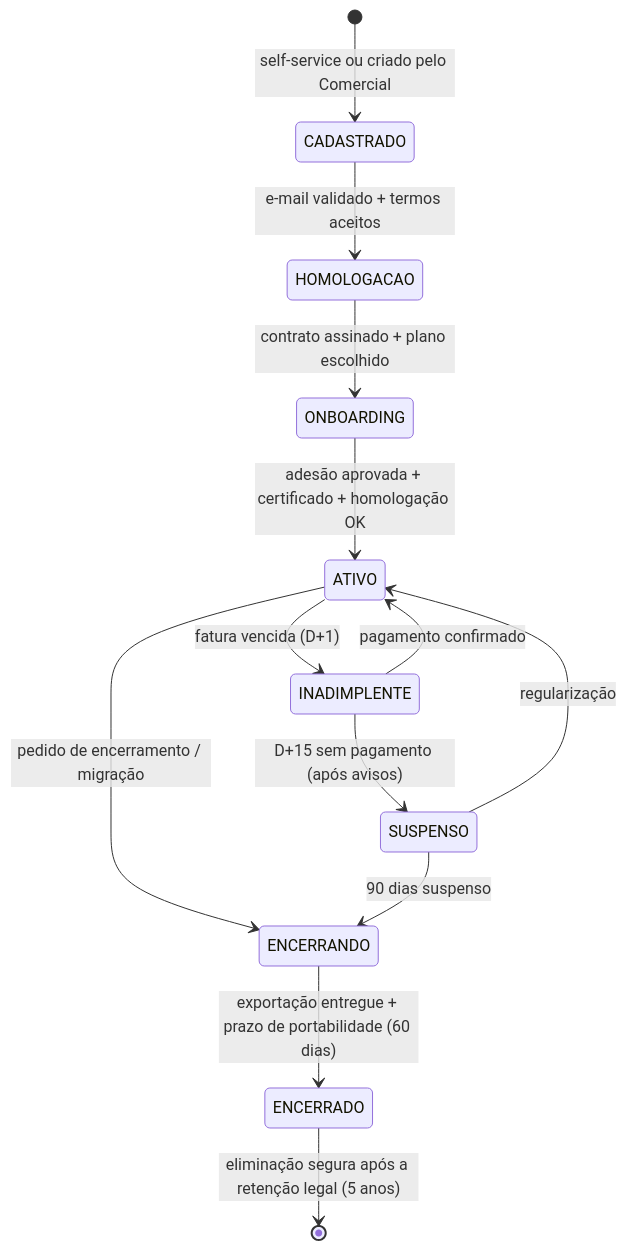
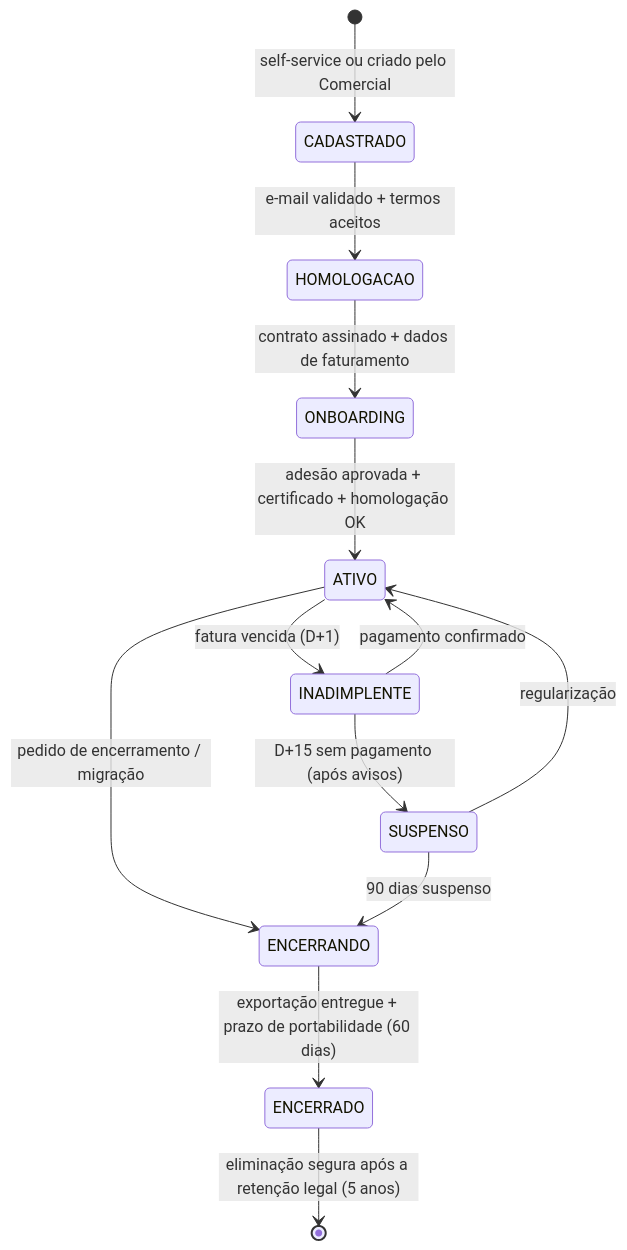
The second of 2 diagrams in docs/11-modelo-saas.md (joaopaulomirandamatias/renave), drawn with Mermaid before and after one commit. The commit also changed other lines of this file and 10 other files, not shown here.

````diff
--- a/docs/11-modelo-saas.md
+++ b/docs/11-modelo-saas.md
@@ -56,15 +57,15 @@
 ```mermaid
 stateDiagram-v2
   [*] --> CADASTRADO: self-service ou criado pelo Comercial
   CADASTRADO --> HOMOLOGACAO: e-mail validado + termos aceitos
-  HOMOLOGACAO --> ONBOARDING: contrato assinado + plano escolhido
+  HOMOLOGACAO --> ONBOARDING: contrato assinado + dados de faturamento
   ONBOARDING --> ATIVO: adesão aprovada + certificado + homologação OK
   ATIVO --> INADIMPLENTE: fatura vencida (D+1)
   INADIMPLENTE --> ATIVO: pagamento confirmado
   INADIMPLENTE --> SUSPENSO: D+15 sem pagamento (após avisos)
   SUSPENSO --> ATIVO: regularização
   ATIVO --> ENCERRANDO: pedido de encerramento / migração
   SUSPENSO --> ENCERRANDO: 90 dias suspenso
   ENCERRANDO --> ENCERRADO: exportação entregue + prazo de portabilidade (60 dias)
   ENCERRADO --> [*]: eliminação segura após a retenção legal (5 anos)
 ```
````
